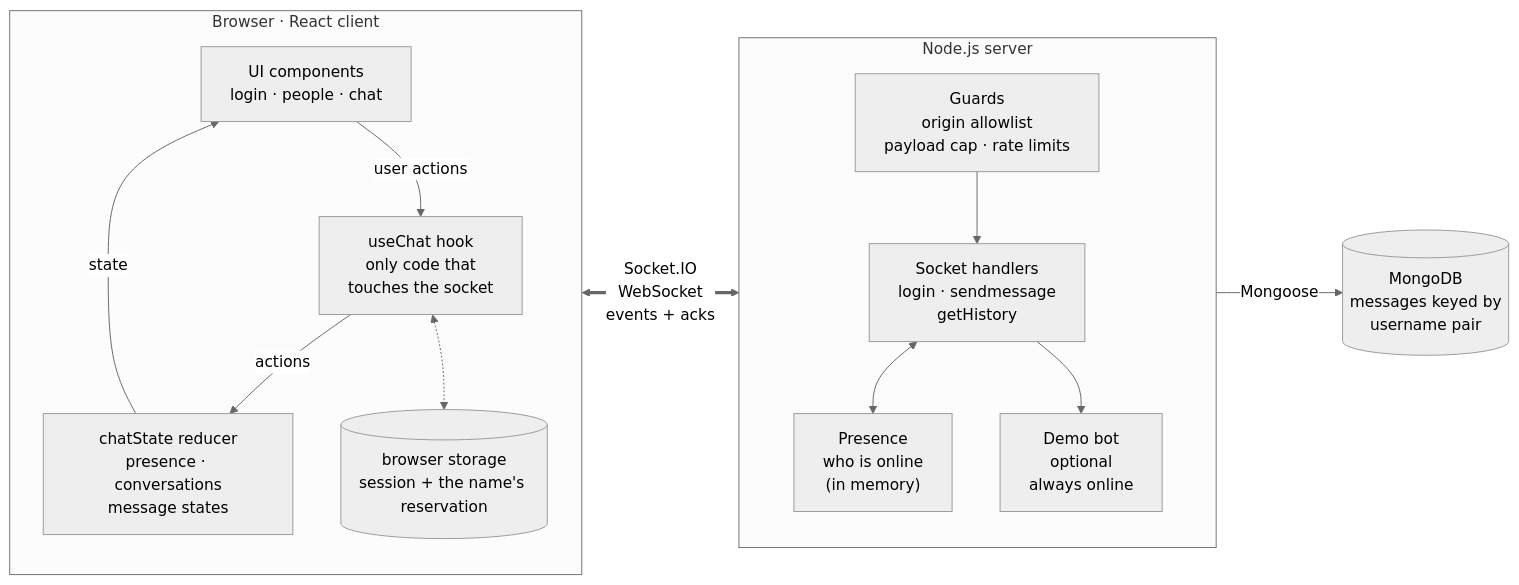
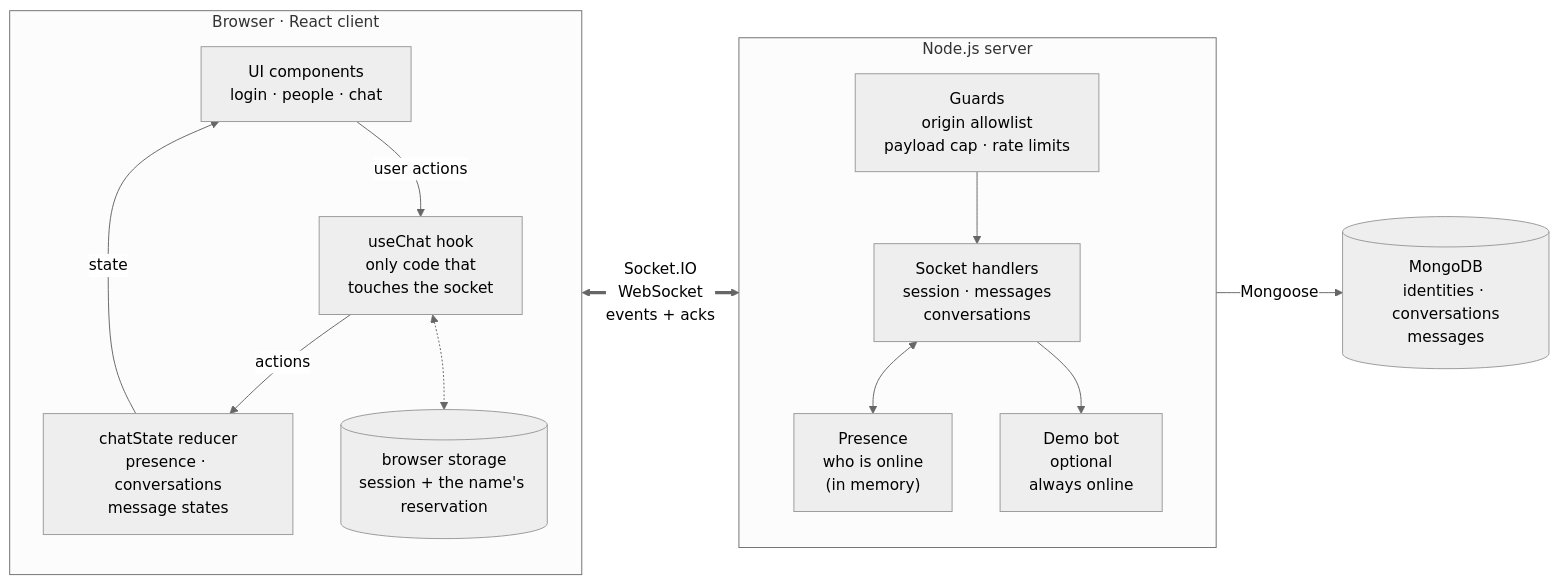
One commit to Nando-C/StriveM8D8 changed the diagram in README.md. Above: the diagram before and after it, drawn with Mermaid (neutral theme). The commit also changed other lines of this file and 44 other files, not shown here.

````diff
--- a/README.md
+++ b/README.md
@@ -33,30 +33,30 @@
 ```mermaid
 flowchart LR
     subgraph CLIENT["Browser · React client"]
         direction TB
         UI["UI components<br/>login · people · chat"]
         HOOK["useChat hook<br/>only code that<br/>touches the socket"]
         STATE["chatState reducer<br/>presence · conversations<br/>message states"]
         SESSION[("browser storage<br/>session + the name's reservation")]
         UI -- "user actions" --> HOOK
         HOOK -- "actions" --> STATE
         STATE -- "state" --> UI
         HOOK <-.-> SESSION
     end
 
     subgraph SERVER["Node.js server"]
         direction TB
         GUARDS["Guards<br/>origin allowlist<br/>payload cap · rate limits"]
-        HANDLERS["Socket handlers<br/>login · sendmessage<br/>getHistory"]
+        HANDLERS["Socket handlers<br/>session · messages<br/>conversations"]
         PRESENCE["Presence<br/>who is online<br/>(in memory)"]
         BOT["Demo bot<br/>optional<br/>always online"]
         GUARDS --> HANDLERS
         HANDLERS <--> PRESENCE
         HANDLERS --> BOT
     end
 
-    DB[("MongoDB<br/>messages keyed by<br/>username pair")]
+    DB[("MongoDB<br/>identities · conversations<br/>messages")]
 
     CLIENT <== "Socket.IO<br/>WebSocket<br/>events + acks" ==> SERVER
     SERVER -- "Mongoose" --> DB
 ```
````
